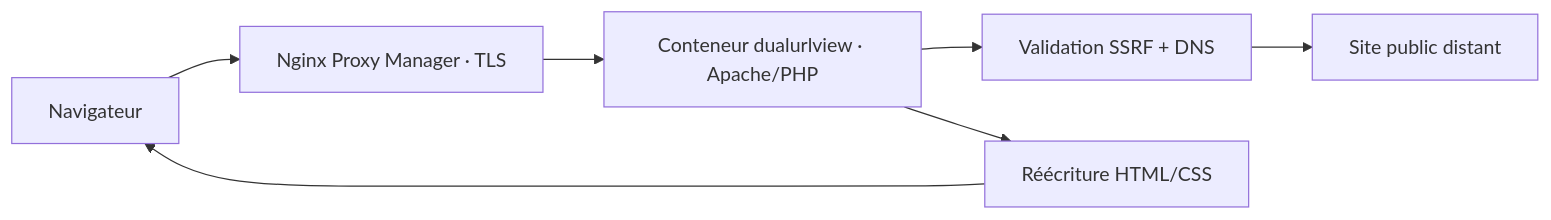
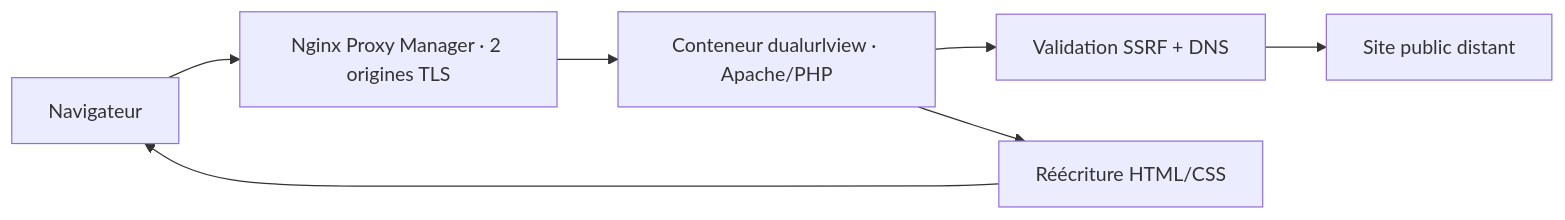
One commit to TheLibertyWolf/dualviewurl changed the diagram in docs/ARCHITECTURE.md. Above: the diagram before and after it, drawn with Mermaid. The commit also changed other lines of this file and 8 other files, not shown here.

````diff
--- a/docs/ARCHITECTURE.md
+++ b/docs/ARCHITECTURE.md
@@ -5,9 +5,9 @@
 ```mermaid
 flowchart LR
-    B[Navigateur] --> N[Nginx Proxy Manager · TLS]
+    B[Navigateur] --> N[Nginx Proxy Manager · 2 origines TLS]
     N --> A[Conteneur dualurlview · Apache/PHP]
     A --> G[Validation SSRF + DNS]
     G --> W[Site public distant]
     A --> R[Réécriture HTML/CSS]
     R --> B
 ```
````
